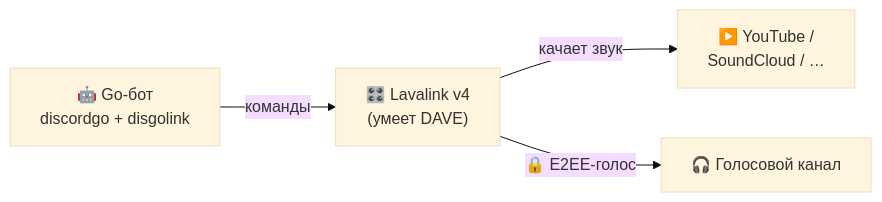
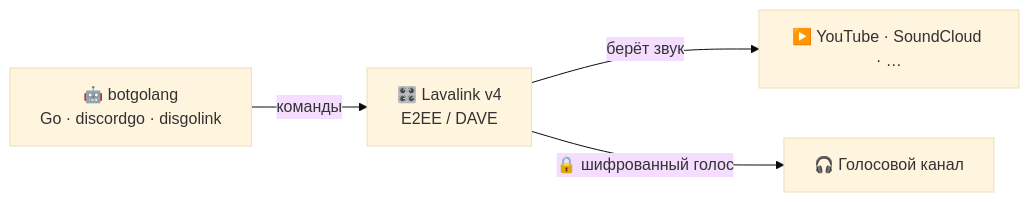
The diagram in README.md (wexxxew/botgolang), drawn with Mermaid (base theme) before and after one commit. The commit also changed other lines of this file, not shown here.

````diff
--- a/README.md
+++ b/README.md
@@ -111,6 +122,6 @@
 ```mermaid
 flowchart LR
-    A["🤖 Go-бот<br/>discordgo + disgolink"] -->|команды| B["🎛️ Lavalink v4<br/>(умеет DAVE)"]
-    B -->|качает звук| C["▶️ YouTube /<br/>SoundCloud / …"]
-    B -->|🔒 E2EE-голос| D["🎧 Голосовой канал"]
+    A["🤖 botgolang<br/>Go · discordgo · disgolink"] -->|команды| B["🎛️ Lavalink v4<br/>E2EE / DAVE"]
+    B -->|берёт звук| C["▶️ YouTube · SoundCloud · …"]
+    B -->|🔒 шифрованный голос| D["🎧 Голосовой канал"]
 ```
````
